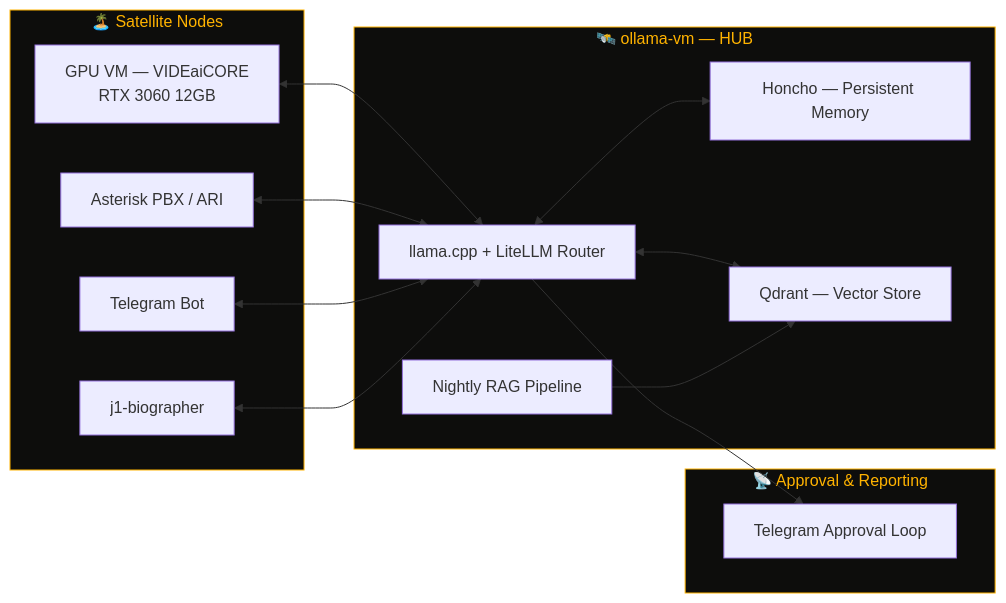
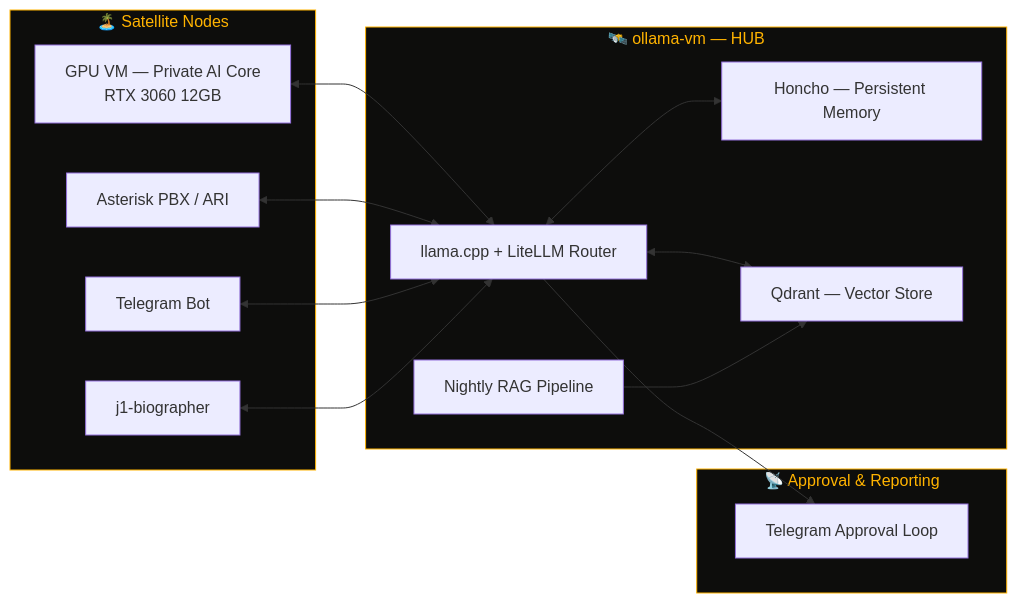
One commit to OneByJorah/OneByJorah changed the diagram in README.md. Above: the diagram before and after it, drawn with Mermaid. The commit also changed other lines of this file and 2 other files, not shown here.

````diff
--- a/README.md
+++ b/README.md
@@ -48,33 +48,33 @@
 ```mermaid
 flowchart LR
     subgraph Hub["🛰️ ollama-vm — HUB"]
         A[llama.cpp + LiteLLM Router]
         B[Honcho — Persistent Memory]
         C[Qdrant — Vector Store]
         D[Nightly RAG Pipeline]
     end
 
     subgraph Satellites["🏝️ Satellite Nodes"]
-        E[GPU VM — VIDEaiCORE<br/>RTX 3060 12GB]
+        E[GPU VM — Private AI Core<br/>RTX 3060 12GB]
         F[Asterisk PBX / ARI]
         G[Telegram Bot]
         H[j1-biographer]
     end
 
     subgraph Reporting["📡 Approval & Reporting"]
         I[Telegram Approval Loop]
     end
 
     A <--> B
     A <--> C
     D --> C
     E <--> A
     F <--> A
     G <--> A
     H <--> A
     A --> I
 
     style Hub fill:#0d0d0c,stroke:#FFB300,color:#FFB300
     style Satellites fill:#0d0d0c,stroke:#FFB300,color:#FFB300
     style Reporting fill:#0d0d0c,stroke:#FFB300,color:#FFB300
 ```
````
